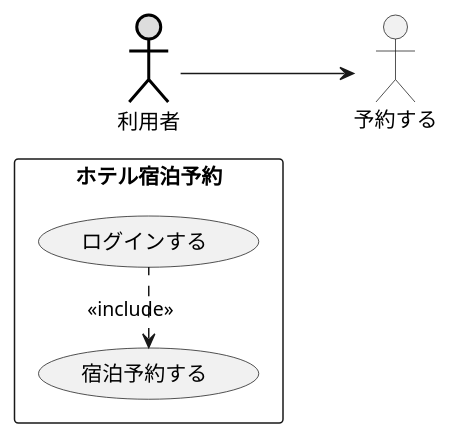
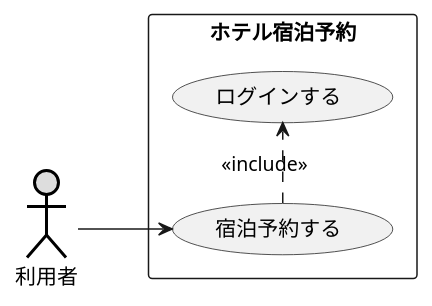
Before and after one commit to Shuma323/UML_inatroduction: the diagram in 演習2-3_ホテル宿泊予約.pu, drawn with PlantUML. The commit also changed 1 other file, not shown here.

```diff
--- a/演習2-3_ホテル宿泊予約.pu
+++ b/演習2-3_ホテル宿泊予約.pu
@@ -1,10 +1,10 @@
 @startuml ユースケース図
 left to right direction
 actor 利用者#DDDDDD;line:black;line.bold;
 rectangle ホテル宿泊予約 {
 usecase 宿泊予約する
 usecase ログインする
 }
-宿泊予約する <. ログインする : << include >>
-利用者 --> 予約する
+宿泊予約する .> ログインする : << include >>
+利用者 --> 宿泊予約する
 @enduml
```
